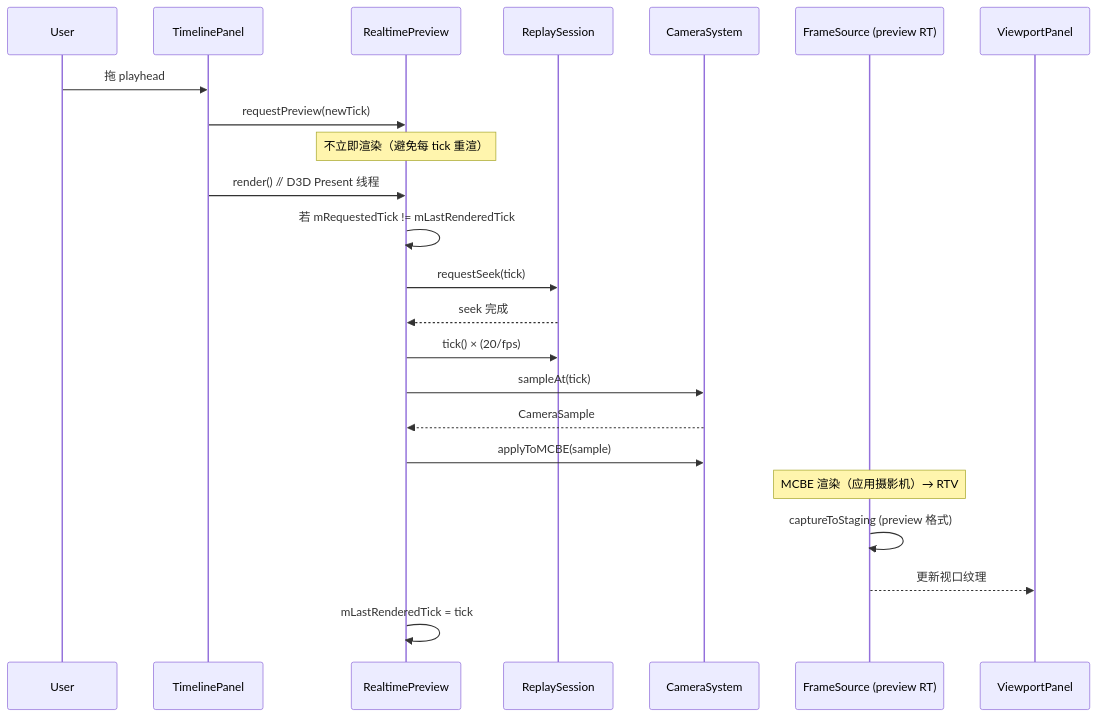
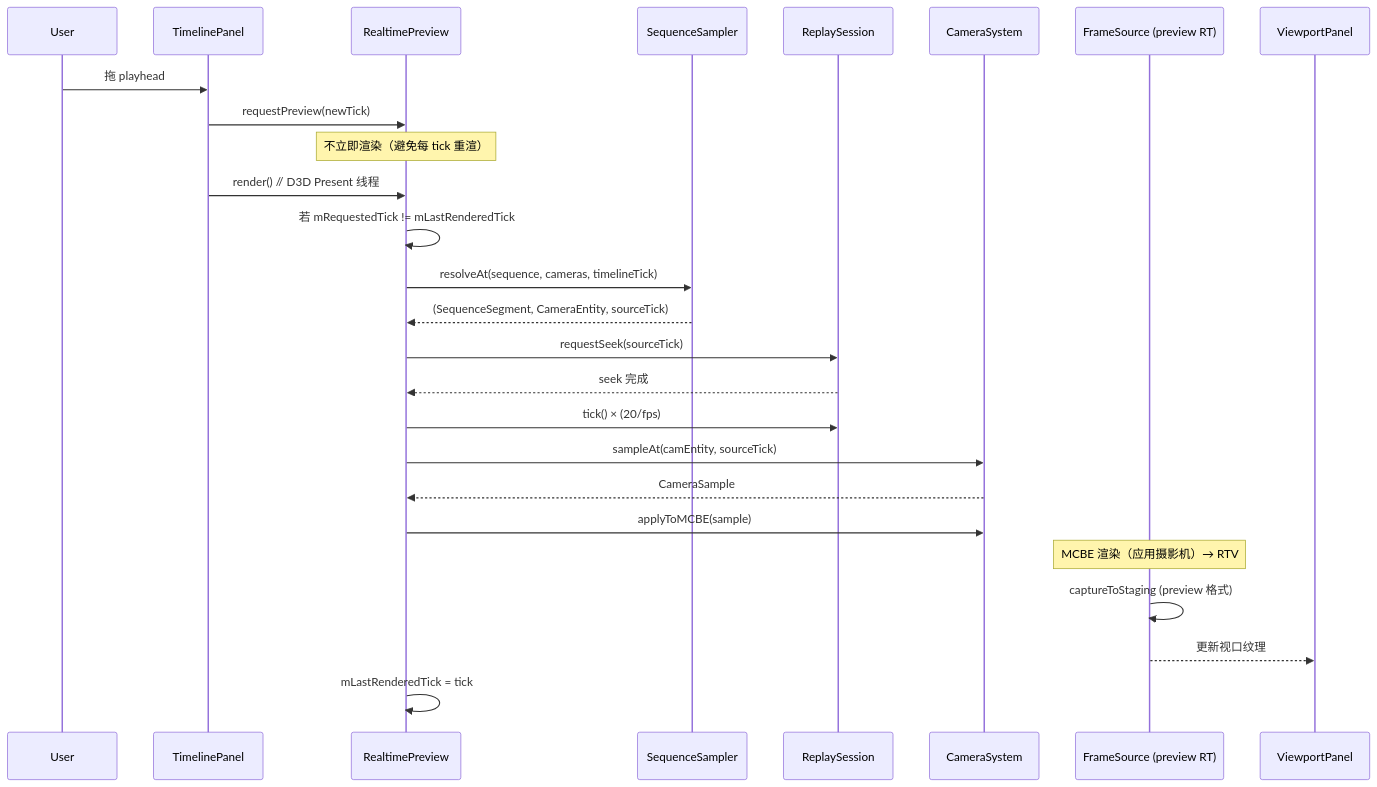
One commit to Unny984/Playback changed the first of 3 diagrams in docs/refactor/05-render-pipeline.md. Above: the diagram before and after it, drawn with Mermaid. The commit also changed other lines of this file and 7 other files, not shown here.

````diff
--- a/docs/refactor/05-render-pipeline.md
+++ b/docs/refactor/05-render-pipeline.md
@@ -115,26 +120,29 @@
 ```mermaid
 sequenceDiagram
     participant U as User
     participant TL as TimelinePanel
     participant RP as RealtimePreview
+    participant SS as SequenceSampler
     participant Sess as ReplaySession
     participant Cam as CameraSystem
     participant FS as FrameSource (preview RT)
     participant VP as ViewportPanel
 
     U->>TL: 拖 playhead
     TL->>RP: requestPreview(newTick)
     Note over RP: 不立即渲染（避免每 tick 重渲）
     TL->>RP: render()  // D3D Present 线程
     RP->>RP: 若 mRequestedTick != mLastRenderedTick
-    RP->>Sess: requestSeek(tick)
+    RP->>SS: resolveAt(sequence, cameras, timelineTick)
+    SS-->>RP: (SequenceSegment, CameraEntity, sourceTick)
+    RP->>Sess: requestSeek(sourceTick)
     Sess-->>RP: seek 完成
     RP->>Sess: tick() × (20/fps)
-    RP->>Cam: sampleAt(tick)
+    RP->>Cam: sampleAt(camEntity, sourceTick)
     Cam-->>RP: CameraSample
     RP->>Cam: applyToMCBE(sample)
     Note over FS: MCBE 渲染（应用摄影机）→ RTV
     FS->>FS: captureToStaging (preview 格式)
     FS-->>VP: 更新视口纹理
     RP->>RP: mLastRenderedTick = tick
 ```
````
